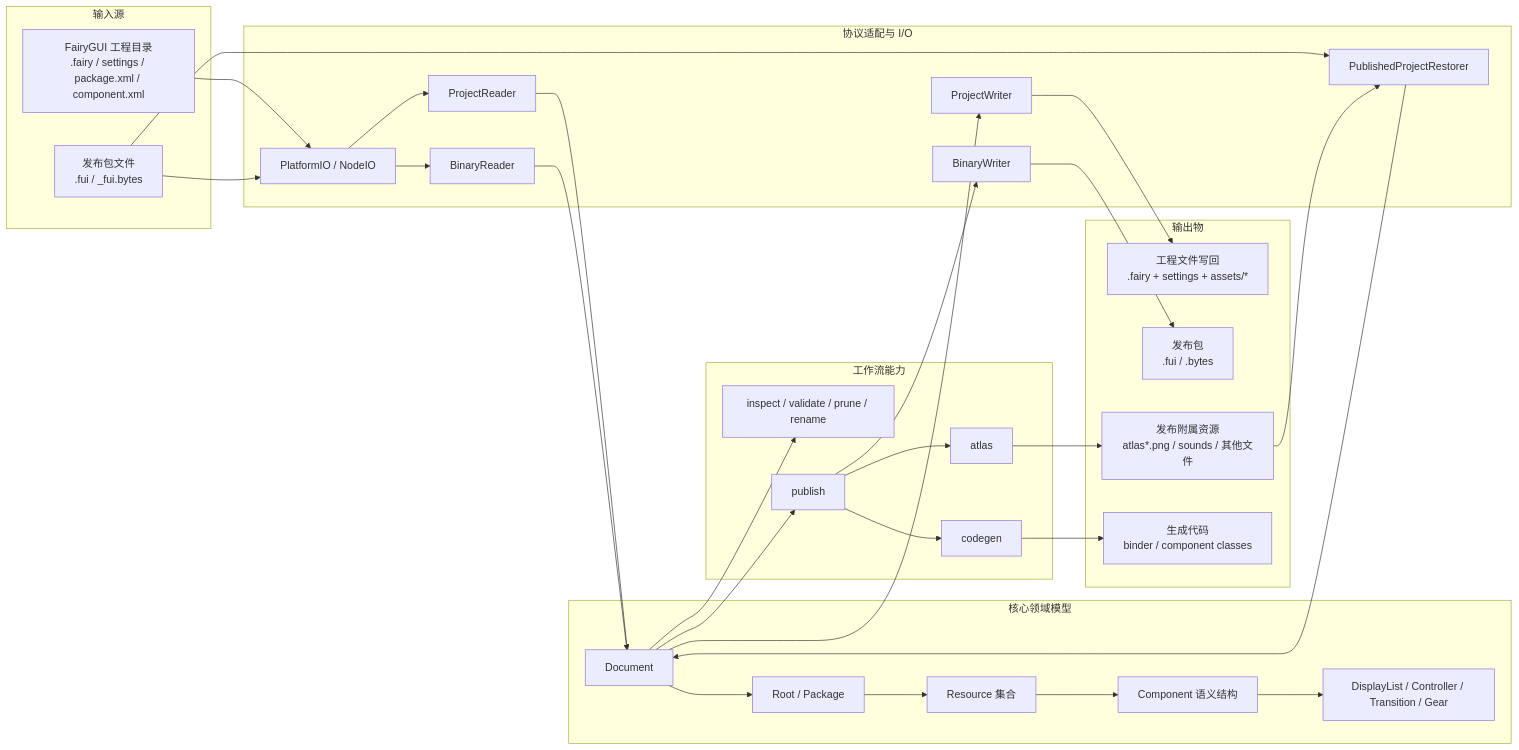
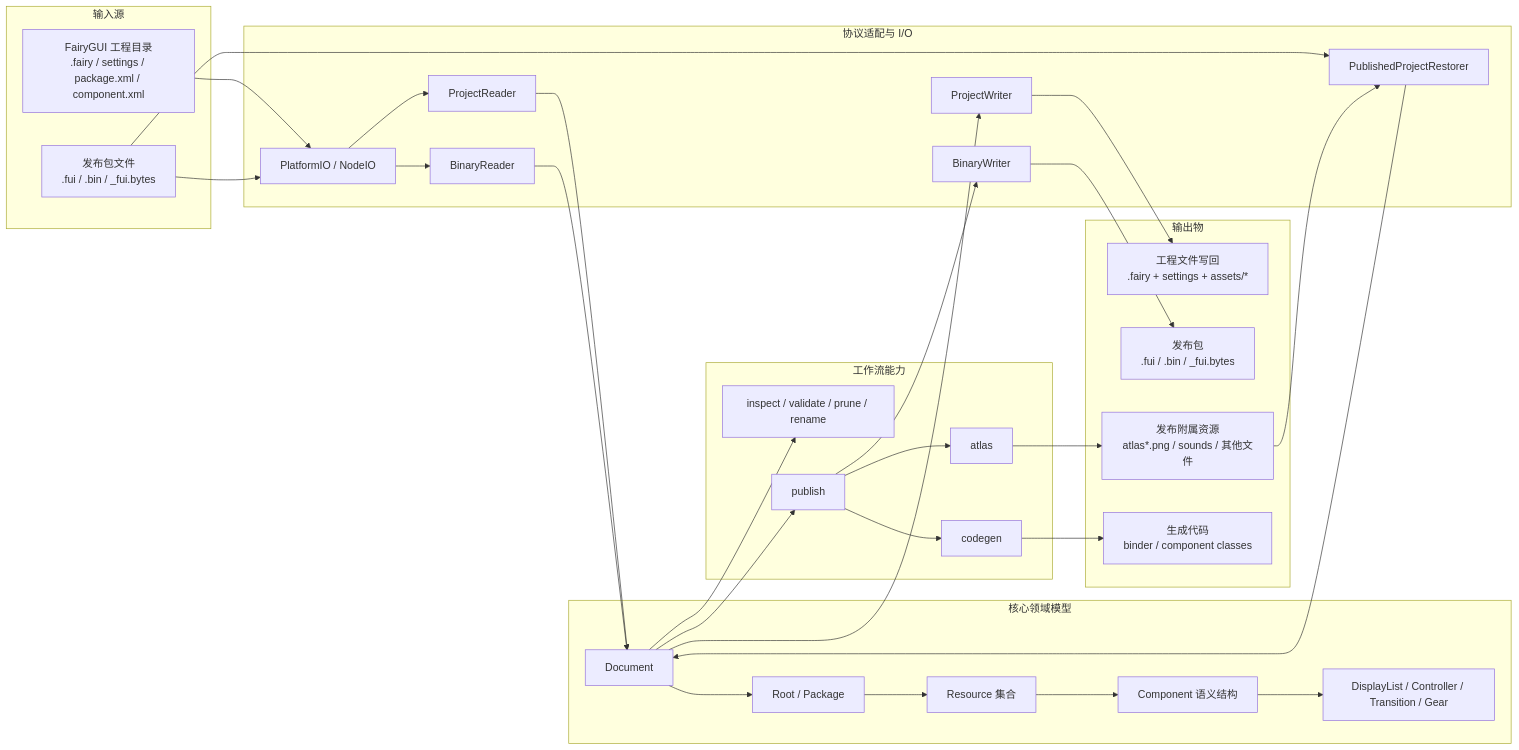
The first of 2 diagrams in docs/architecture-overview.md (OpenFairyGUI/OpenFairyGUI), drawn with Mermaid before and after one commit. The commit also changed other lines of this file and 5 other files, not shown here.

````diff
--- a/docs/architecture-overview.md
+++ b/docs/architecture-overview.md
@@ -8,57 +8,57 @@
 ```mermaid
 flowchart LR
     subgraph IN["输入源"]
         PROJ["FairyGUI 工程目录<br/>.fairy / settings / package.xml / component.xml"]
-        PACK["发布包文件<br/>.fui / _fui.bytes"]
+        PACK["发布包文件<br/>.fui / .bin / _fui.bytes"]
     end
 
     subgraph IO["协议适配与 I/O"]
         FS["PlatformIO / NodeIO"]
         PR["ProjectReader"]
         BR["BinaryReader"]
         RST["PublishedProjectRestorer"]
         PW["ProjectWriter"]
         BW["BinaryWriter"]
     end
 
     subgraph DOMAIN["核心领域模型"]
         DOC["Document"]
         ROOT["Root / Package"]
         RES["Resource 集合"]
         COMP["Component 语义结构"]
         UI["DisplayList / Controller / Transition / Gear"]
     end
 
     subgraph WF["工作流能力"]
         OPS["inspect / validate / prune / rename"]
         PUB["publish"]
         ATLAS["atlas"]
         CG["codegen"]
     end
 
     subgraph OUT["输出物"]
         PROJOUT["工程文件写回<br/>.fairy + settings + assets/*"]
-        BIN["发布包<br/>.fui / .bytes"]
+        BIN["发布包<br/>.fui / .bin / _fui.bytes"]
         ART["发布附属资源<br/>atlas*.png / sounds / 其他文件"]
         CODEOUT["生成代码<br/>binder / component classes"]
     end
 
     PROJ --> FS --> PR --> DOC
     PACK --> FS --> BR --> DOC
     PACK --> RST
     ART --> RST
     RST --> DOC
 
     DOC --> ROOT --> RES --> COMP --> UI
     DOC --> OPS
     DOC --> PUB
     PUB --> ATLAS
     PUB --> BW
     PUB --> CG
 
     DOC --> PW
     PW --> PROJOUT
     BW --> BIN
     ATLAS --> ART
     CG --> CODEOUT
 ```
````
